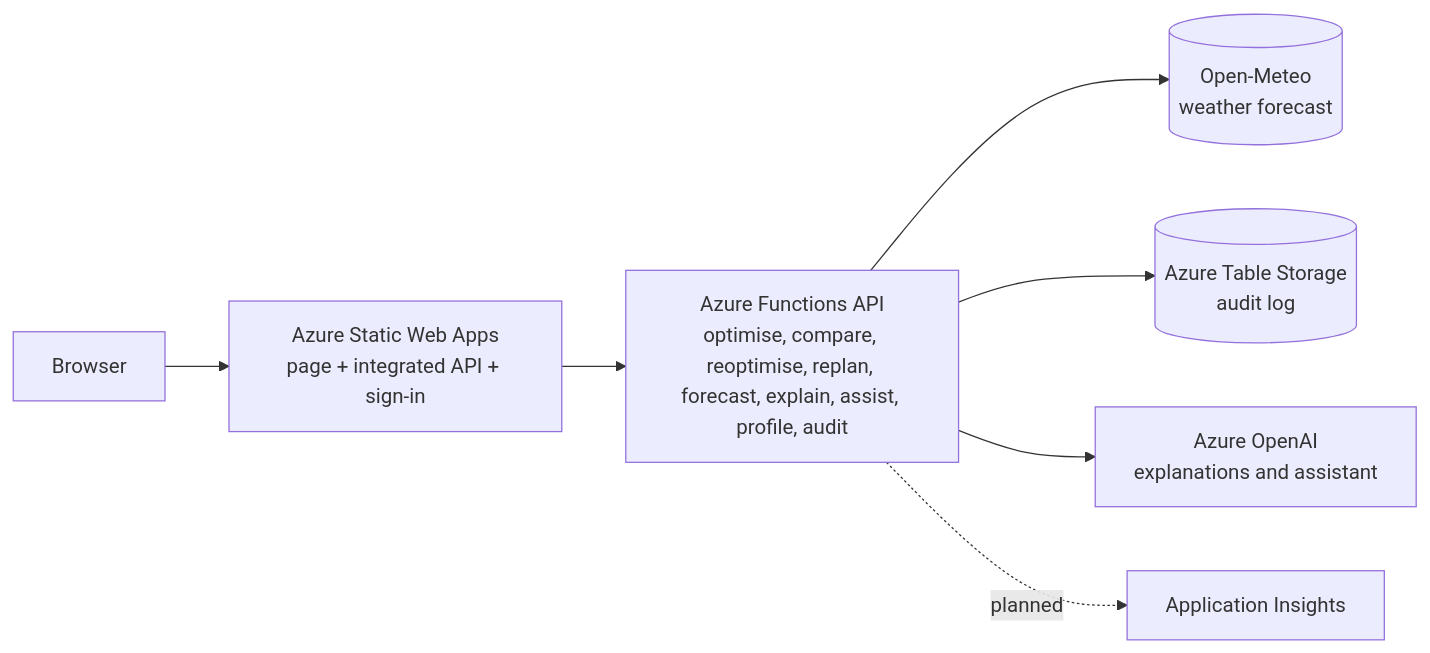
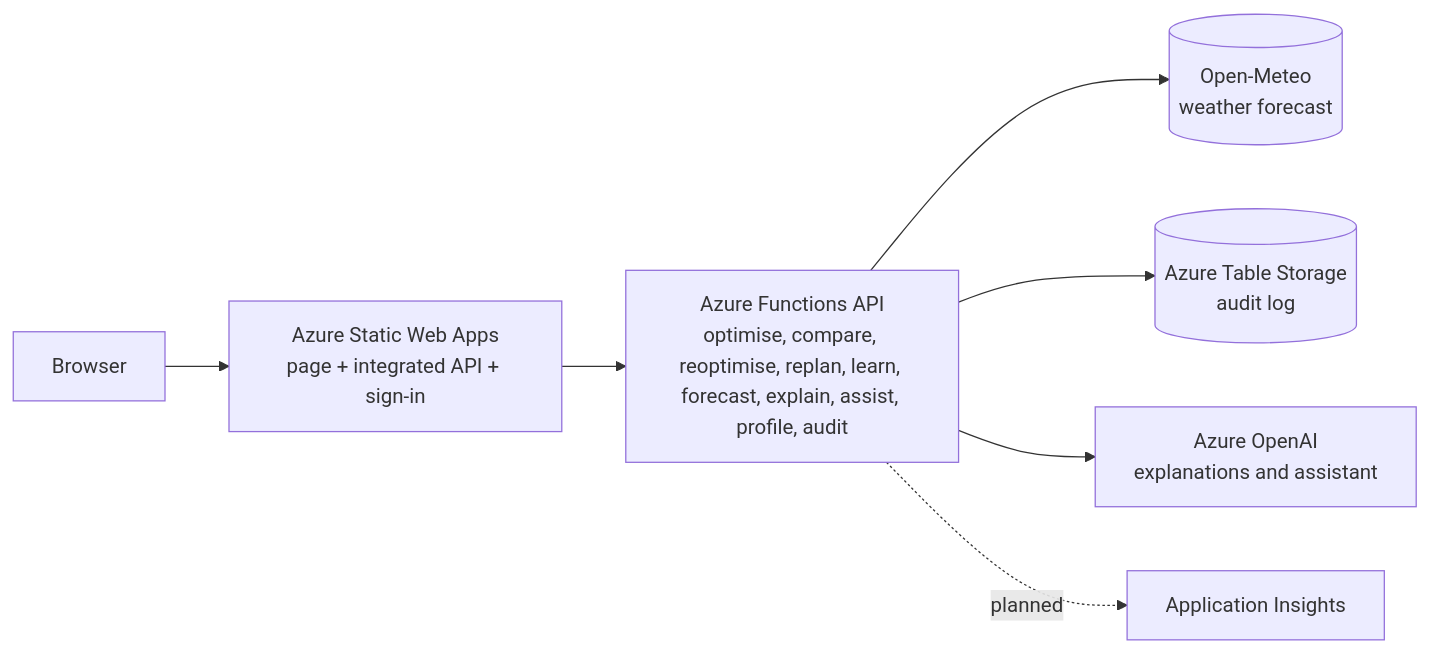
One commit to Gohn905/AI4 changed the diagram in README.md. Above: the diagram before and after it, drawn with Mermaid. The commit also changed other lines of this file, not shown here.

````diff
--- a/README.md
+++ b/README.md
@@ -19,9 +19,9 @@
 ```mermaid
 flowchart LR
   U[Browser] --> SWA[Azure Static Web Apps<br/>page + integrated API + sign-in]
-  SWA --> API[Azure Functions API<br/>optimise, compare, reoptimise, replan, forecast, explain, assist, profile, audit]
+  SWA --> API[Azure Functions API<br/>optimise, compare, reoptimise, replan, learn, forecast, explain, assist, profile, audit]
   API --> OM[(Open-Meteo<br/>weather forecast)]
   API --> TS[(Azure Table Storage<br/>audit log)]
   API --> AI[Azure OpenAI<br/>explanations and assistant]
   API -.planned.-> AIN[Application Insights]
 ```
````
